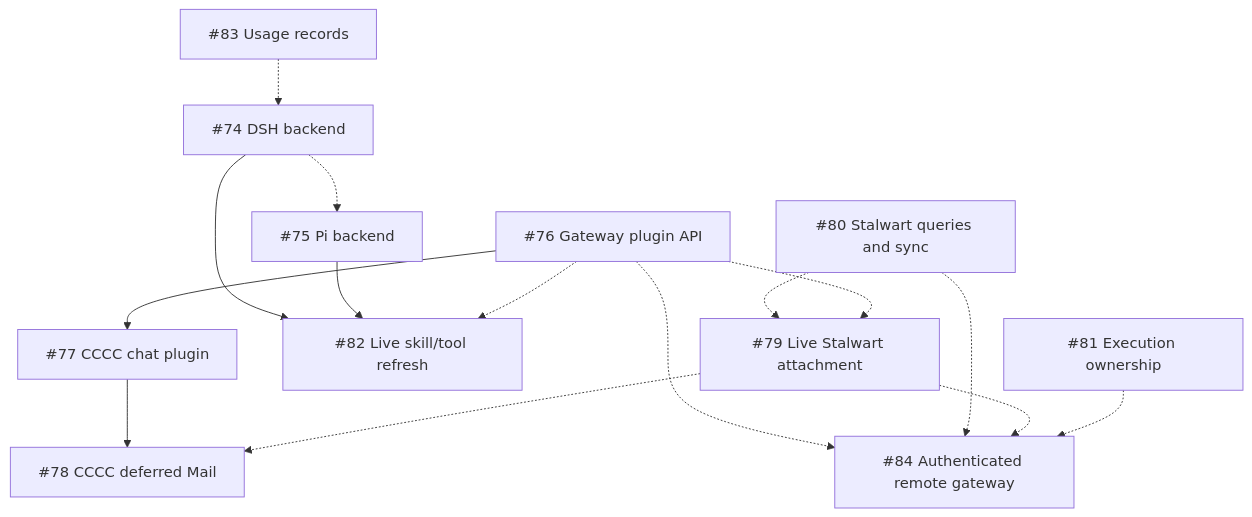
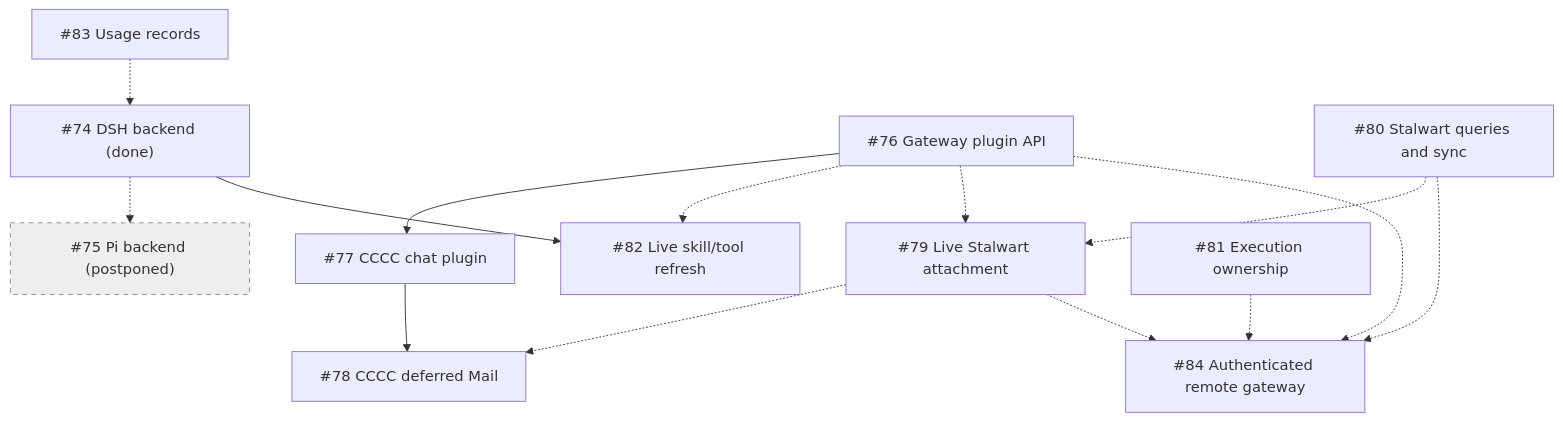
Before and after one commit to igamenovoer/houmao: the diagram in ROADMAP.md, drawn with Mermaid. The commit also changed other lines of this file, not shown here.

Commit message:
docs: update platform roadmap and postpone Pi integration

````diff
--- a/ROADMAP.md
+++ b/ROADMAP.md
@@ -39,17 +41,18 @@
 ```mermaid
 flowchart TD
-    I83["#83 Usage records"] -.-> I74["#74 DSH backend"]
+    I83["#83 Usage records"] -.-> I74["#74 DSH backend (done)"]
     I76["#76 Gateway plugin API"] --> I77["#77 CCCC chat plugin"]
     I77 --> I78["#78 CCCC deferred Mail"]
-    I74 -.-> I75["#75 Pi backend"]
+    I74 -.-> I75["#75 Pi backend (postponed)"]
     I74 --> I82["#82 Live skill/tool refresh"]
-    I75 --> I82
     I76 -.-> I82
     I80["#80 Stalwart queries and sync"] -.-> I79["#79 Live Stalwart attachment"]
     I76 -.-> I79
     I79 -.-> I78
     I76 -.-> I84["#84 Authenticated remote gateway"]
     I80 -.-> I84
     I79 -.-> I84
     I81["#81 Execution ownership"] -.-> I84
+    classDef postponed fill:#eee,stroke:#888,stroke-dasharray:5 5
+    class I75 postponed
 ```
````
